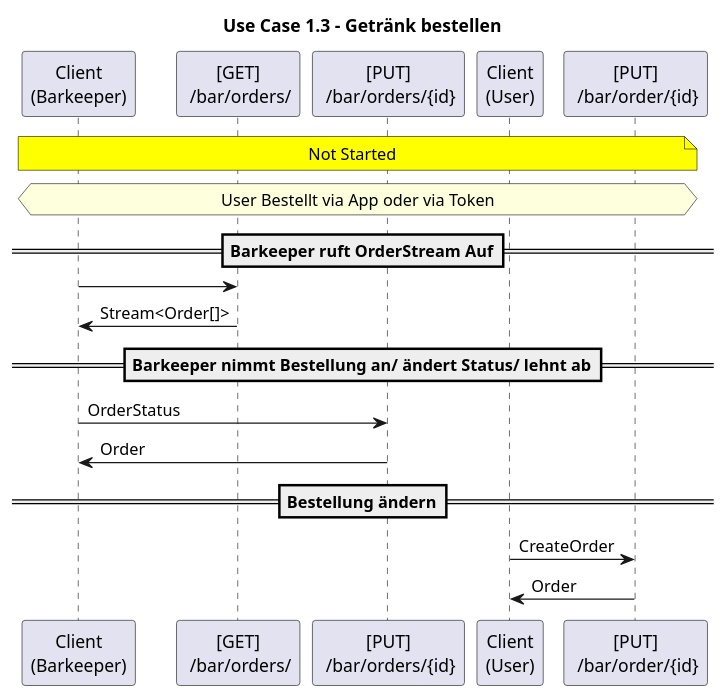
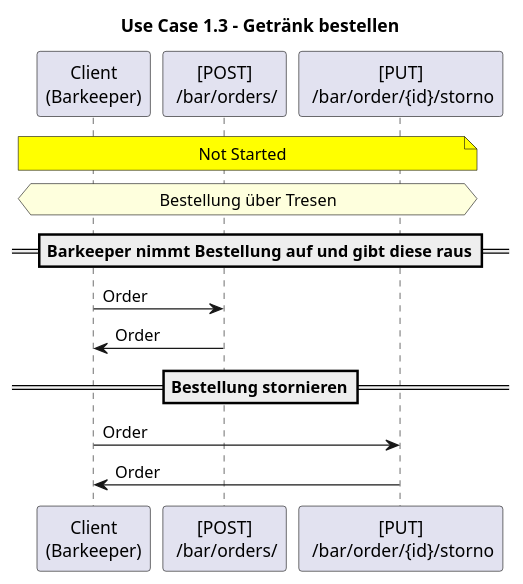
Before and after one commit to Mankianer/TresenSystem: the fifth of 7 diagrams in docs/api-sequence-diagram/UseCase/Use-Case_1.puml, drawn with PlantUML. The commit also changed other lines of this file, not shown here.

Commit message:
update Docs - UseCase 1:
remove Order via Token or User

```diff
--- a/docs/api-sequence-diagram/UseCase/Use-Case_1.puml
+++ b/docs/api-sequence-diagram/UseCase/Use-Case_1.puml
@@ -42,18 +42,15 @@
 @startuml
 title Use Case 1.3 - Getränk bestellen
 note across #yellow: Not Started
 
-hnote across: User Bestellt via App oder via Token
-==Barkeeper ruft OrderStream Auf==
-"Client\n(Barkeeper)" -> "[GET]\n /bar/orders/":
-"Client\n(Barkeeper)" <- "[GET]\n /bar/orders/": Stream<Order[]>
+hnote across: Bestellung über Tresen
 
-==Barkeeper nimmt Bestellung an/ ändert Status/ lehnt ab==
-"Client\n(Barkeeper)" -> "[PUT]\n /bar/orders/{id}": OrderStatus
-"Client\n(Barkeeper)" <- "[PUT]\n /bar/orders/{id}": Order
+==Barkeeper nimmt Bestellung auf und gibt diese raus==
+"Client\n(Barkeeper)" -> "[POST]\n /bar/orders/": Order
+"Client\n(Barkeeper)" <- "[POST]\n /bar/orders/": Order
 
-==Bestellung ändern==
-"Client\n(User)" -> "[PUT]\n /bar/order/{id}": CreateOrder
-"Client\n(User)" <- "[PUT]\n /bar/order/{id}": Order
+==Bestellung stornieren==
+"Client\n(Barkeeper)" -> "[PUT]\n /bar/order/{id}/storno": Order
+"Client\n(Barkeeper)" <- "[PUT]\n /bar/order/{id}/storno": Order
 
 @enduml
```
